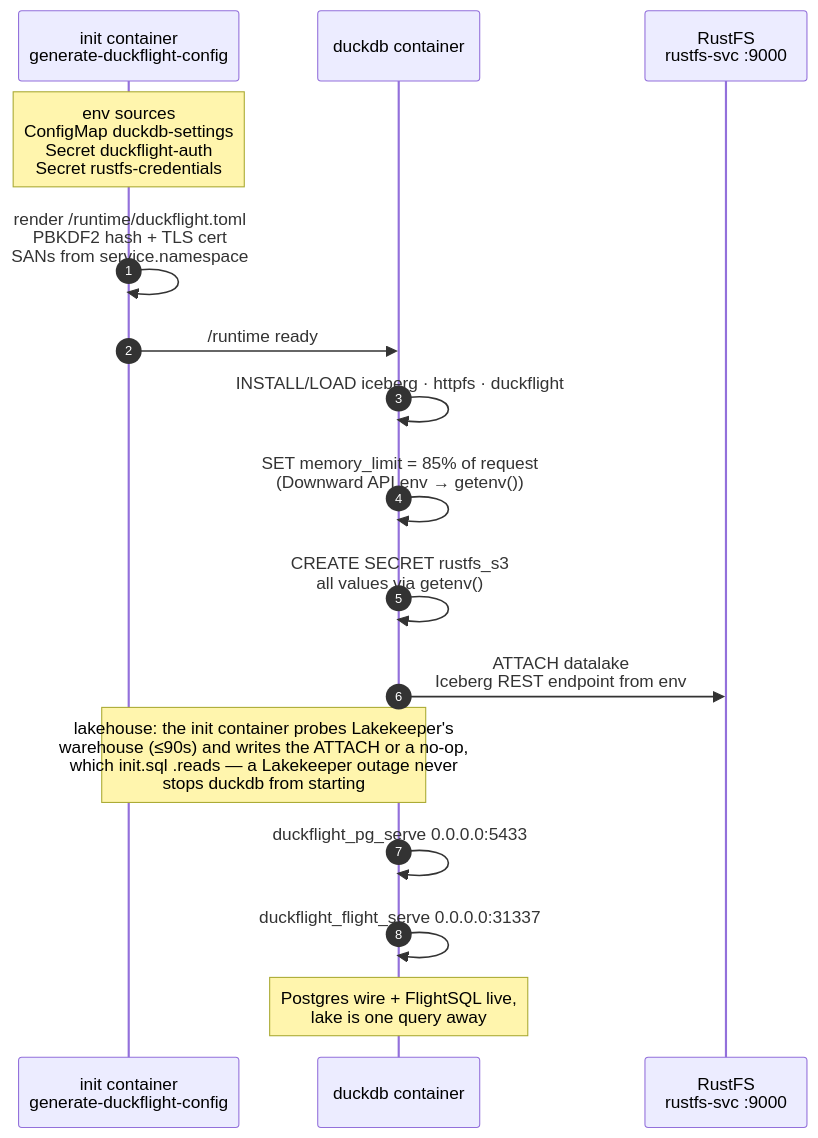
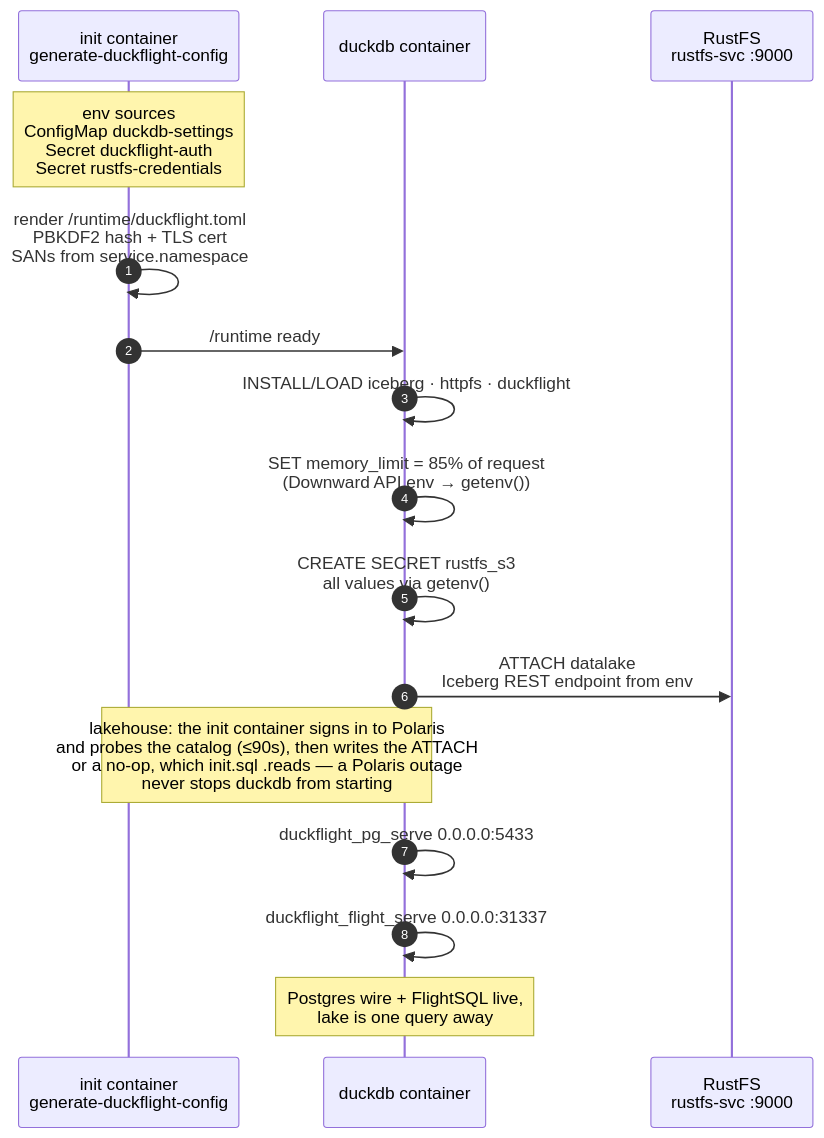
One commit to daun-gatal/analytics changed the second of 3 diagrams in README.md. Above: the diagram before and after it, drawn with Mermaid. The commit also changed other lines of this file and 19 other files, not shown here.

First line of the commit message:
feat: move the `lakehouse` catalog from Lakekeeper to Apache Polaris, in its own namespace

````diff
--- a/README.md
+++ b/README.md
@@ -84,19 +89,19 @@
 ```mermaid
 sequenceDiagram
     autonumber
     participant INIT as init container<br/>generate-duckflight-config
     participant DUCK as duckdb container
     participant RFS as RustFS<br/>rustfs-svc :9000
 
     Note over INIT: env sources<br/>ConfigMap duckdb-settings<br/>Secret duckflight-auth<br/>Secret rustfs-credentials
     INIT->>INIT: render /runtime/duckflight.toml<br/>PBKDF2 hash + TLS cert<br/>SANs from service.namespace
     INIT->>DUCK: /runtime ready
     DUCK->>DUCK: INSTALL/LOAD iceberg · httpfs · duckflight
     DUCK->>DUCK: SET memory_limit = 85% of request<br/>(Downward API env → getenv())
     DUCK->>DUCK: CREATE SECRET rustfs_s3<br/>all values via getenv()
     DUCK->>RFS: ATTACH datalake<br/>Iceberg REST endpoint from env
-    Note over INIT,DUCK: lakehouse: the init container probes Lakekeeper's<br/>warehouse (≤90s) and writes the ATTACH or a no-op,<br/>which init.sql .reads — a Lakekeeper outage never<br/>stops duckdb from starting
+    Note over INIT,DUCK: lakehouse: the init container signs in to Polaris<br/>and probes the catalog (≤90s), then writes the ATTACH<br/>or a no-op, which init.sql .reads — a Polaris outage<br/>never stops duckdb from starting
     DUCK->>DUCK: duckflight_pg_serve 0.0.0.0:5433
     DUCK->>DUCK: duckflight_flight_serve 0.0.0.0:31337
     Note over DUCK: Postgres wire + FlightSQL live,<br/>lake is one query away
 ```
````
